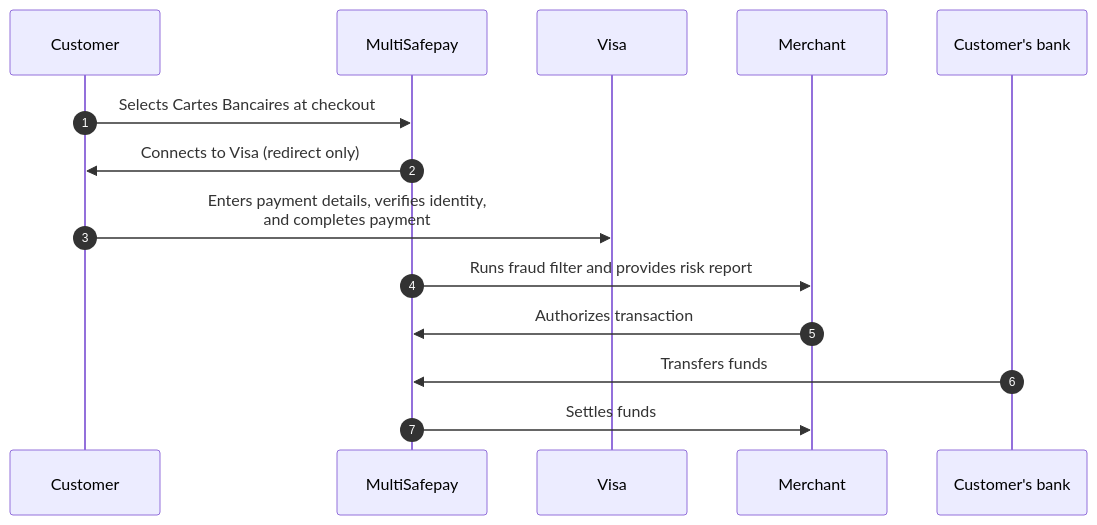
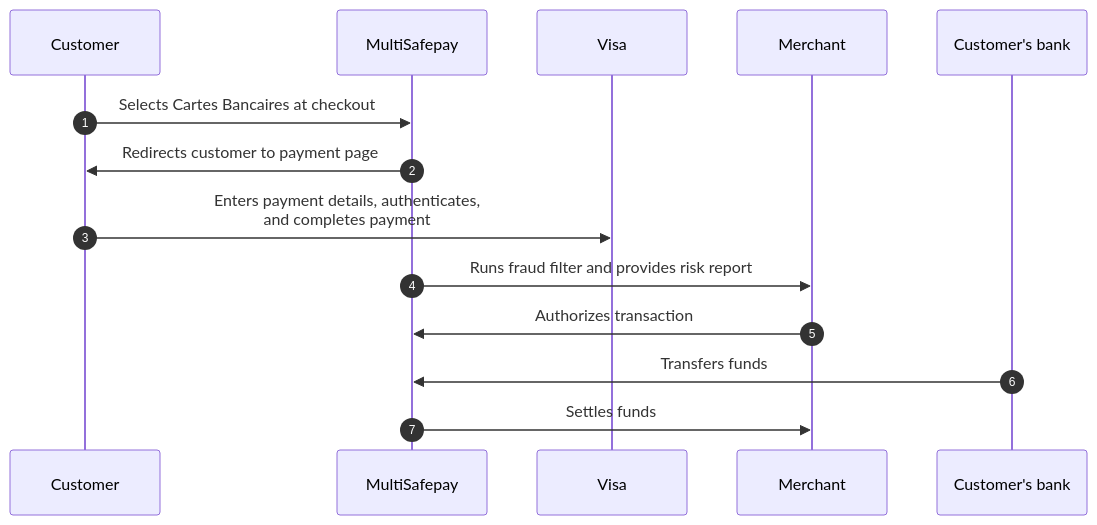
Before and after one commit to MultiSafepay/docs: the diagram in content/payments/methods/credit-and-debit-cards/cartes-bancaires/payment-flow.md, drawn with Mermaid. The commit also changed other lines of this file and 20 other files, not shown here.

```diff
--- a/content/payments/methods/credit-and-debit-cards/cartes-bancaires/payment-flow.md
+++ b/content/payments/methods/credit-and-debit-cards/cartes-bancaires/payment-flow.md
@@ -15,20 +15,20 @@
 {{< mermaid class="text-center" >}}
 
 sequenceDiagram
     autonumber
     participant C as Customer
     participant Mu as MultiSafepay
     participant V as Visa
     participant Me as Merchant
     participant CB as Customer's bank
 
     C->>Mu: Selects Cartes Bancaires at checkout
-    Mu->>C: Connects to Visa (redirect only)
-    C->>V: Enters payment details, verifies identity, <br> and completes payment
+    Mu->>C: Redirects customer to payment page
+    C->>V: Enters payment details, authenticates, <br> and completes payment
     Mu->>Me: Runs fraud filter and provides risk report
     Me->>Mu: Authorizes transaction
     CB->>Mu: Transfers funds 
     Mu->>Me: Settles funds
        
 
 {{< /mermaid >}}
```
